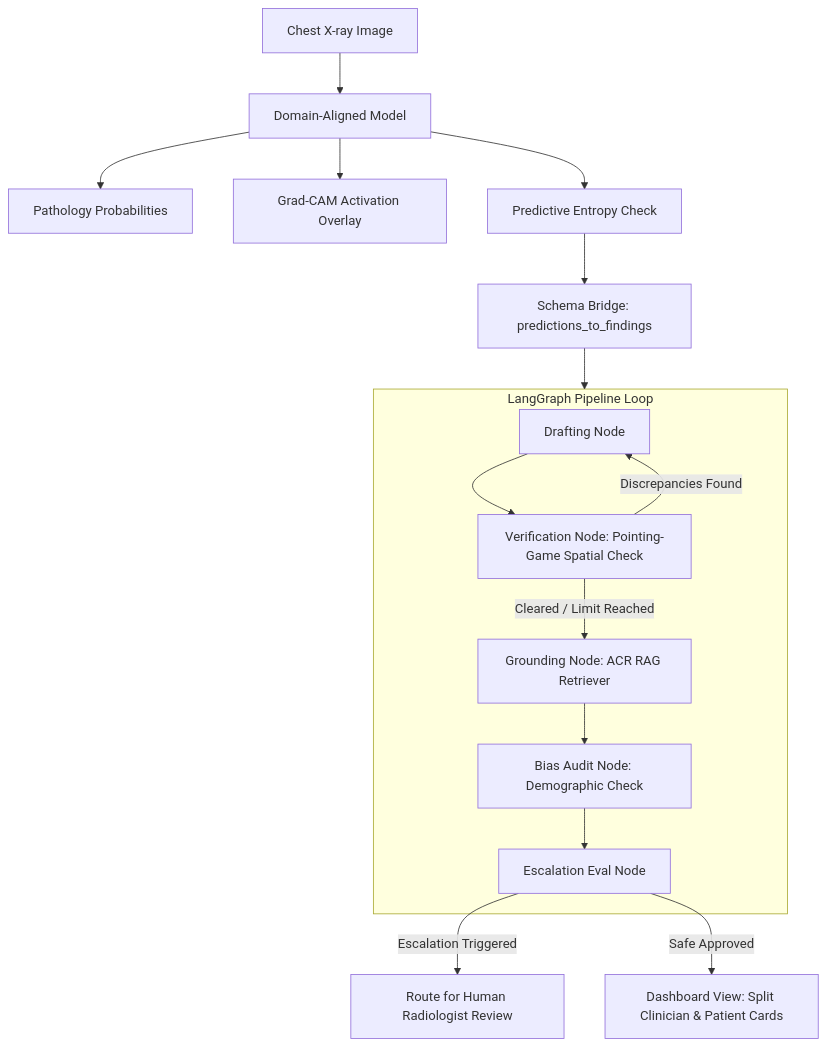
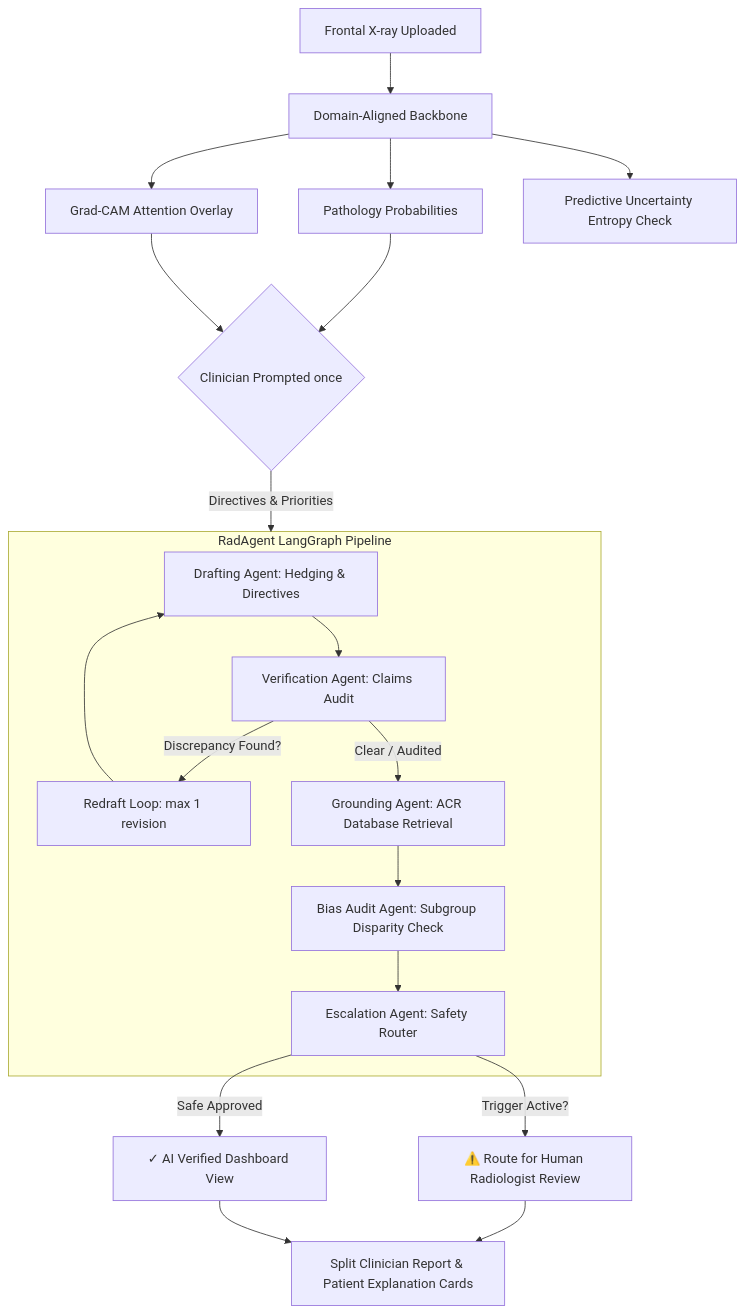
One commit to Sharan-kondi/Domain-Robust-Chest-X-ray-Diagnosis-Pipeline changed the diagram in README.md. Above: the diagram before and after it, drawn with Mermaid. The commit also changed other lines of this file, not shown here.

````diff
--- a/README.md
+++ b/README.md
@@ -26,21 +45,29 @@
 ```mermaid
 graph TD
-    Input[Chest X-ray Image] --> Model[Domain-Aligned Model]
-    Model --> Probabilities[Pathology Probabilities]
-    Model --> GradCAM[Grad-CAM Activation Overlay]
-    Model --> Uncertainty[Predictive Entropy Check]
-    
-    Uncertainty --> Schema[Schema Bridge: predictions_to_findings]
-    Schema --> LangGraph[RadAgent State Machine]
-    
-    subgraph LangGraph [LangGraph Pipeline Loop]
-        Draft[Drafting Node] --> Verify[Verification Node: Pointing-Game Spatial Check]
-        Verify -- Discrepancies Found --> Draft
-        Verify -- Cleared / Limit Reached --> Ground[Grounding Node: ACR RAG Retriever]
-        Ground --> Bias[Bias Audit Node: Demographic Check]
-        Bias --> Escalate[Escalation Eval Node]
+    %% Input and Neural Engine
+    Upload[Frontal X-ray Uploaded] --> Model[Domain-Aligned Backbone]
+    Model --> Predictions[Pathology Probabilities]
+    Model --> GradCAM[Grad-CAM Attention Overlay]
+    Model --> Entropy[Predictive Uncertainty Entropy Check]
+
+    %% User Interaction
+    Predictions & GradCAM --> RAGPrompt{Clinician Prompted once}
+    RAGPrompt -- "Directives & Priorities" --> RadAgent[RadAgent State Machine]
+
+    %% Multi-Agent LangGraph Pipeline
+    subgraph RadAgent [RadAgent LangGraph Pipeline]
+        Draft[Drafting Agent: Hedging & Directives] --> Verify[Verification Agent: Claims Audit]
+        Verify -- Discrepancy Found? --> Redraft[Redraft Loop: max 1 revision]
+        Redraft --> Draft
+        Verify -- Clear / Audited --> Ground[Grounding Agent: ACR Database Retrieval]
+        Ground --> Bias[Bias Audit Agent: Subgroup Disparity Check]
+        Bias --> Escalate[Escalation Agent: Safety Router]
     end
-    
-    Escalate -- Escalation Triggered --> Review[Route for Human Radiologist Review]
-    Escalate -- Safe Approved --> UI[Dashboard View: Split Clinician & Patient Cards]
+
+    %% Routing Decisions
+    Escalate -- Trigger Active? --> HumanReview[⚠️ Route for Human Radiologist Review]
+    Escalate -- Safe Approved --> AutoVerify[✓ AI Verified Dashboard View]
+
+    %% Outputs
+    HumanReview & AutoVerify --> Output[Split Clinician Report & Patient Explanation Cards]
 ```
````
